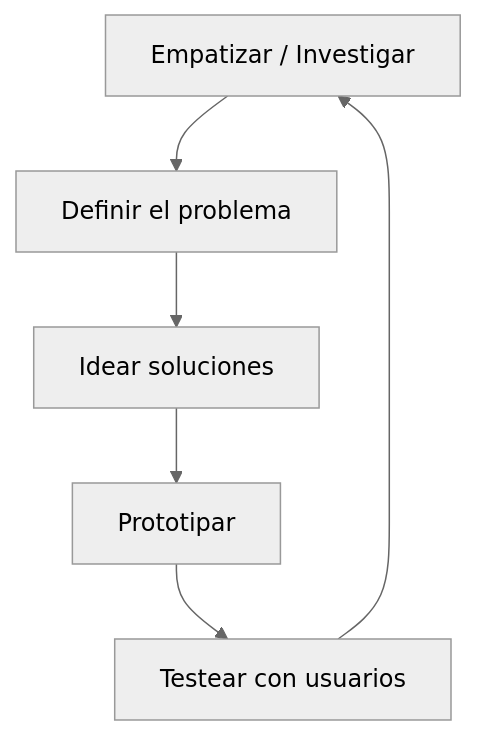
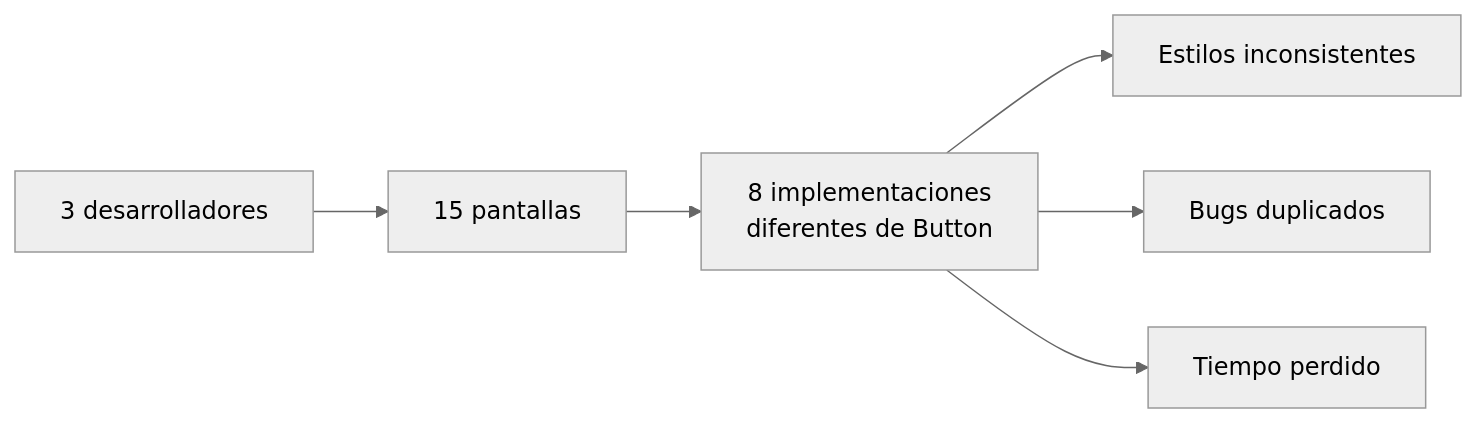
The first of 7 diagrams in unidad-11.md (Jose-Quesada/presentacion-desarrollo-interfaces-26-27), drawn with Mermaid (neutral theme) before and after one commit. The commit also changed other lines of this file and 52 other files, not shown here.

````diff
--- a/unidad-11.md
+++ b/unidad-11.md
@@ -50,8 +32,8 @@
-<div class="mermaid">
-graph TD
-    A[Empatizar / Investigar] --> B[Definir el problema]
-    B --> C[Idear soluciones]
-    C --> D[Prototipar]
-    D --> E[Testear con usuarios]
-    E --> A
-</div>
+```mermaid
+graph LR
+    A[3 desarrolladores] --> B[15 pantallas]
+    B --> C[8 implementaciones<br/>diferentes de Button]
+    C --> D[Estilos inconsistentes]
+    C --> E[Bugs duplicados]
+    C --> F[Tiempo perdido]
+```
````
